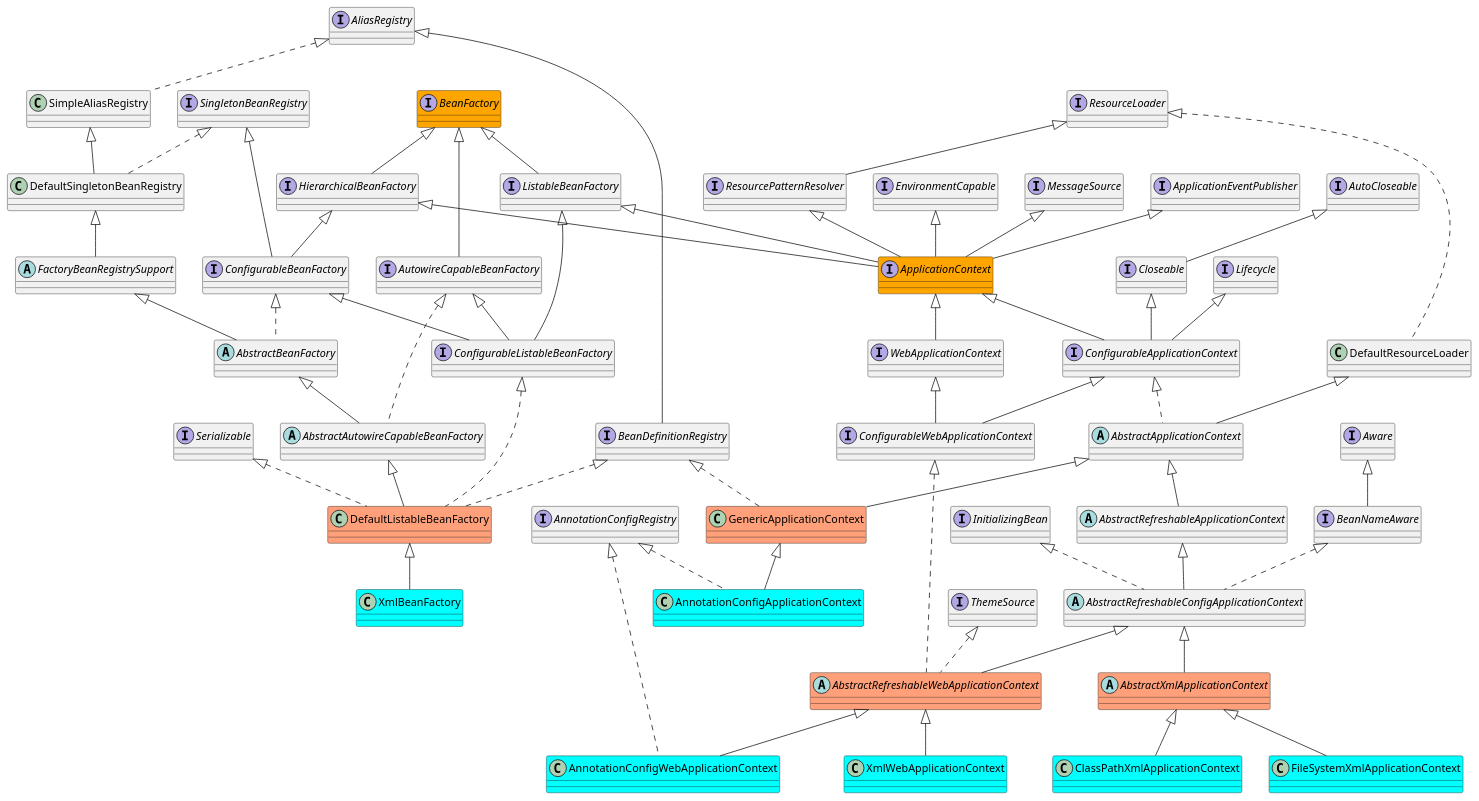
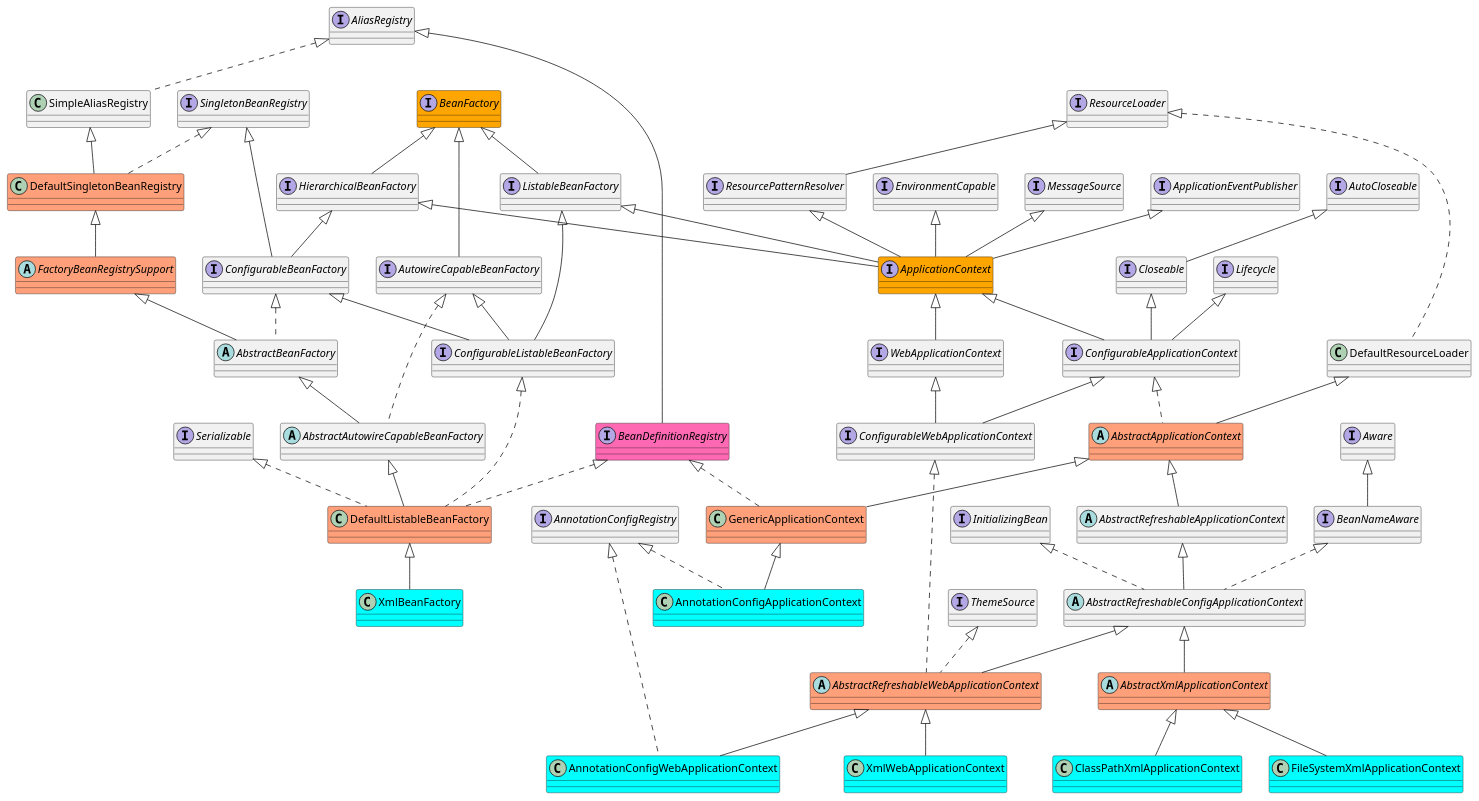
Before and after one commit to shirayner/java-knowledge-hierarchy: the first of 4 diagrams in doc/spring/Spring源码分析_02_容器的基本实现.md, drawn with PlantUML. The commit also changed other lines of this file and 1 other file, not shown here.

```diff
--- a/doc/spring/Spring源码分析_02_容器的基本实现.md
+++ b/doc/spring/Spring源码分析_02_容器的基本实现.md
@@ -57,11 +57,11 @@
 
 }
 
-class DefaultSingletonBeanRegistry extends SimpleAliasRegistry implements SingletonBeanRegistry {
+class DefaultSingletonBeanRegistry #LightSalmon extends SimpleAliasRegistry implements SingletonBeanRegistry {
 
 }
 
-abstract class FactoryBeanRegistrySupport extends DefaultSingletonBeanRegistry {
+abstract class FactoryBeanRegistrySupport #LightSalmon extends DefaultSingletonBeanRegistry {
 
 }
 
@@ -140,7 +140,7 @@
 
 }
 
-abstract class AbstractApplicationContext extends DefaultResourceLoader implements ConfigurableApplicationContext {
+abstract class AbstractApplicationContext #LightSalmon extends DefaultResourceLoader implements ConfigurableApplicationContext {
 
 }
 
@@ -210,7 +210,7 @@
 
 }
 
-interface BeanDefinitionRegistry extends AliasRegistry {
+interface BeanDefinitionRegistry #HotPink extends AliasRegistry {
 
 }
 
```
